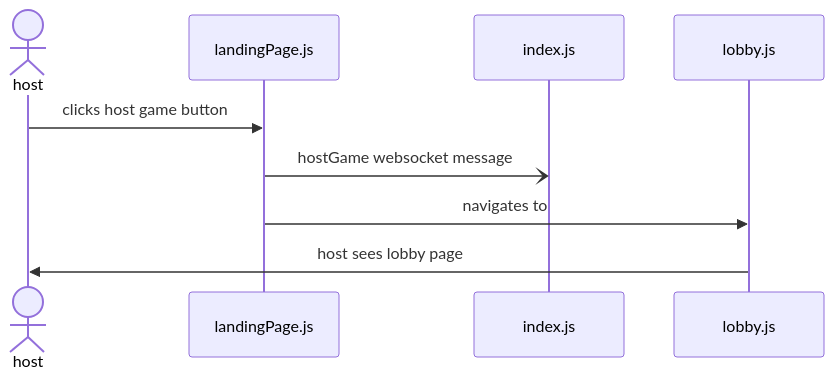
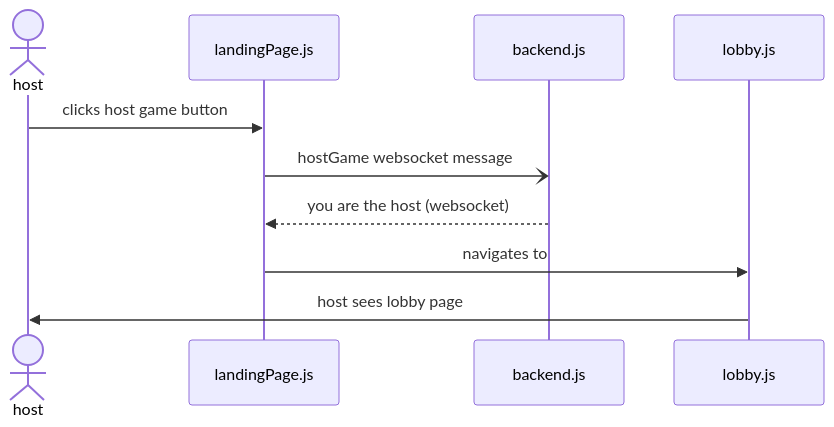
The first of 13 diagrams in documentation/docs/system-architecture/design.md (Capstone-Projects-2025-Spring/project-aac-game-team-a), drawn with Mermaid before and after one commit. The commit also changed other lines of this file, not shown here.

Commit message:
added necessary return arrows and explained diagram steps

````diff
--- a/documentation/docs/system-architecture/design.md
+++ b/documentation/docs/system-architecture/design.md
@@ -52,12 +52,13 @@
 ```mermaid
 sequenceDiagram
 
 actor host
 participant landingPage.js
-participant index.js
+participant backend.js
 
 host ->> landingPage.js: clicks host game button
-landingPage.js -) index.js: hostGame websocket message
+landingPage.js -) backend.js: hostGame websocket message
+backend.js -->> landingPage.js: you are the host (websocket)
 landingPage.js ->> lobby.js: navigates to
 lobby.js ->> host: host sees lobby page
 ```
````
